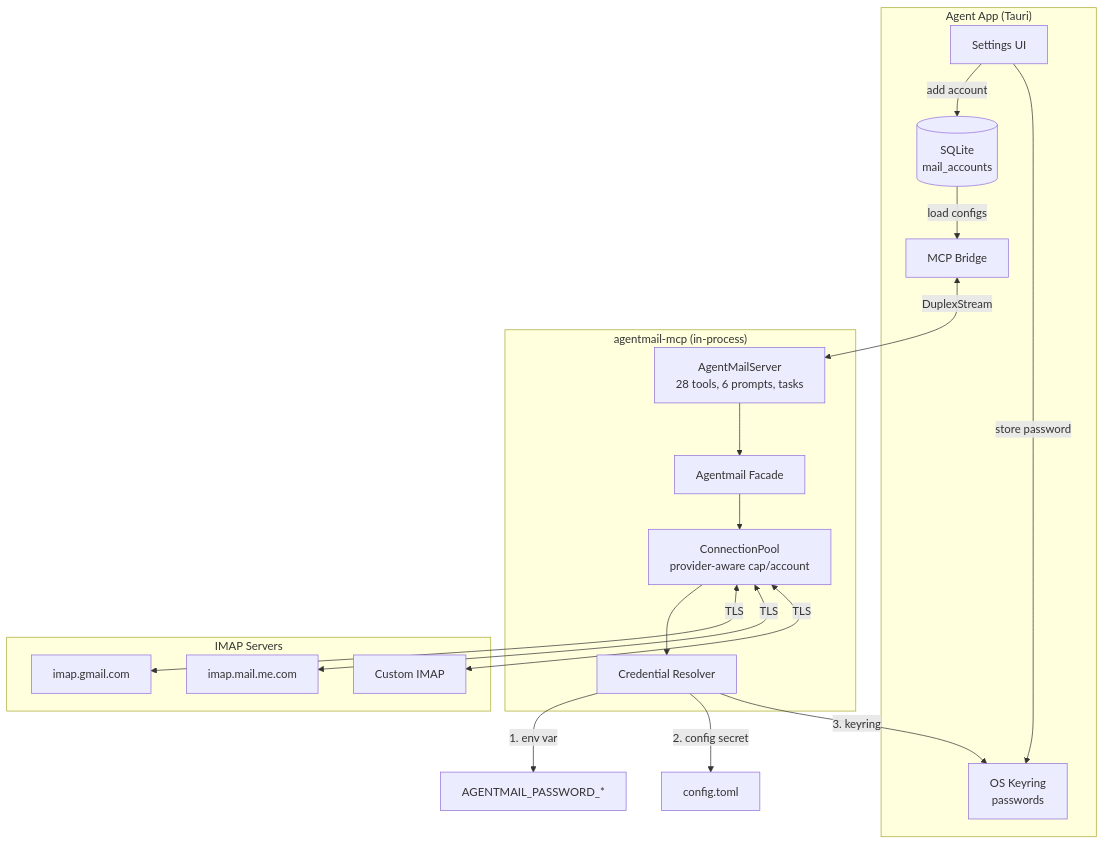
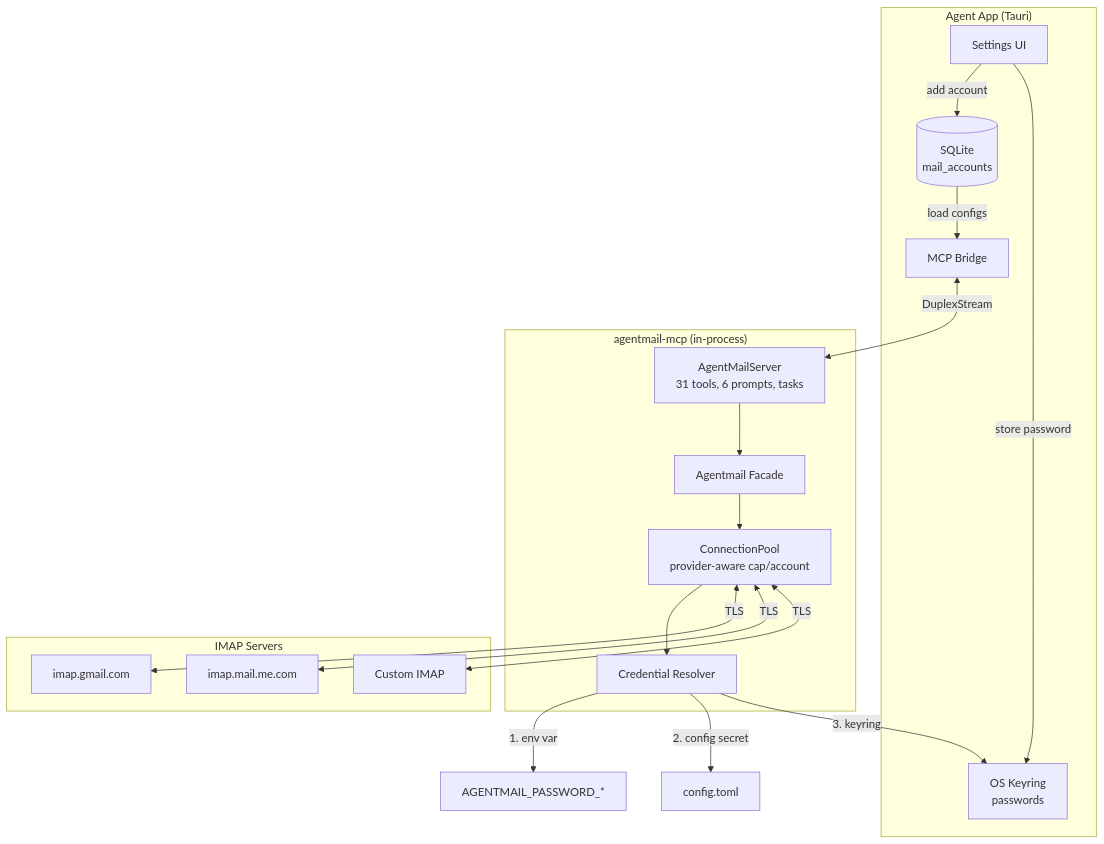
Before and after one commit to Weekendsuperhero-io/agentmail: the first of 4 diagrams in DESIGN.md, drawn with Mermaid. The commit also changed other lines of this file and 16 other files, not shown here.

````diff
--- a/DESIGN.md
+++ b/DESIGN.md
@@ -13,36 +13,36 @@
 ```mermaid
 graph TB
     subgraph "Agent App (Tauri)"
         UI[Settings UI]
         DB[(SQLite<br/>mail_accounts)]
         KR[OS Keyring<br/>passwords]
         GW[MCP Bridge]
     end
 
     subgraph "agentmail-mcp (in-process)"
-        MCP[AgentMailServer<br/>28 tools, 6 prompts, tasks]
+        MCP[AgentMailServer<br/>31 tools, 6 prompts, tasks]
         MK[Agentmail Facade]
         POOL[ConnectionPool<br/>provider-aware cap/account]
         CRED[Credential Resolver]
     end
 
     subgraph "IMAP Servers"
         GMAIL[imap.gmail.com]
         ICLOUD[imap.mail.me.com]
         CUSTOM[Custom IMAP]
     end
 
     UI -->|add account| DB
     UI -->|store password| KR
     DB -->|load configs| GW
     GW <-->|DuplexStream| MCP
     MCP --> MK
     MK --> POOL
     POOL --> CRED
     CRED -->|1. env var| ENV[AGENTMAIL_PASSWORD_*]
     CRED -->|2. config secret| CFG[config.toml]
     CRED -->|3. keyring| KR
     POOL <-->|TLS| GMAIL
     POOL <-->|TLS| ICLOUD
     POOL <-->|TLS| CUSTOM
 ```
````
